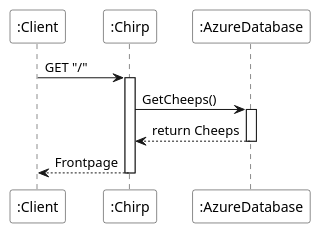
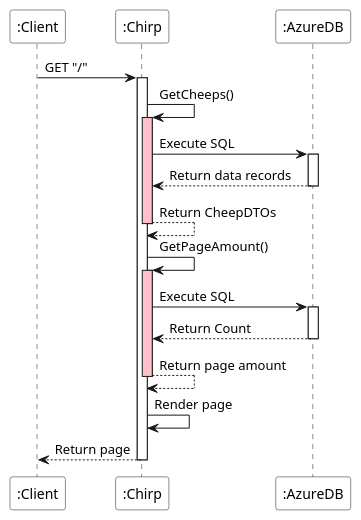
Before and after one commit to ITU-BDSA-GROUP5/Chirp: the diagram in docs/images/sequence_of_functionality.puml, drawn with PlantUML. The commit also changed 1 other file, not shown here.

Commit message:
Correct diagram

```diff
--- a/docs/images/sequence_of_functionality.puml
+++ b/docs/images/sequence_of_functionality.puml
@@ -1,20 +1,40 @@
 @startuml
 
 participant ":Client" as Client #white
 participant ":Chirp" as Chirp #white
-participant ":AzureDatabase" as DB #white
+participant ":AzureDB" as DB #white
 
 
 Client -> Chirp: GET "/"
 Activate Chirp
 
-Chirp -> DB: GetCheeps()
+Chirp -> Chirp: GetCheeps()
+Activate Chirp #pink
+
+Chirp -> DB: Execute SQL
 Activate DB
 
-DB --> Chirp: return Cheeps
+DB --> Chirp: Return data records
 Deactivate DB
 
-Chirp --> Client: Frontpage
+Chirp --> Chirp: Return CheepDTOs
+Deactivate Chirp
+
+Chirp -> Chirp: GetPageAmount()
+Activate Chirp #pink
+
+Chirp -> DB: Execute SQL
+Activate DB
+
+DB --> Chirp: Return Count
+Deactivate DB
+
+Chirp --> Chirp: Return page amount
+Deactivate Chirp
+
+Chirp -> Chirp: Render page
+
+Chirp --> Client: Return page
 Deactivate Chirp
 
 @enduml
```
